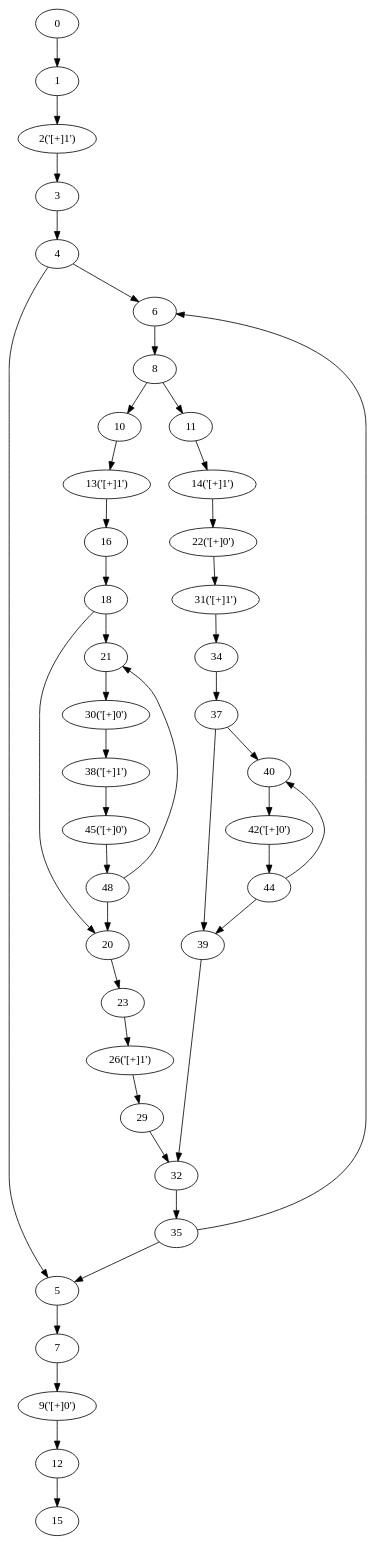
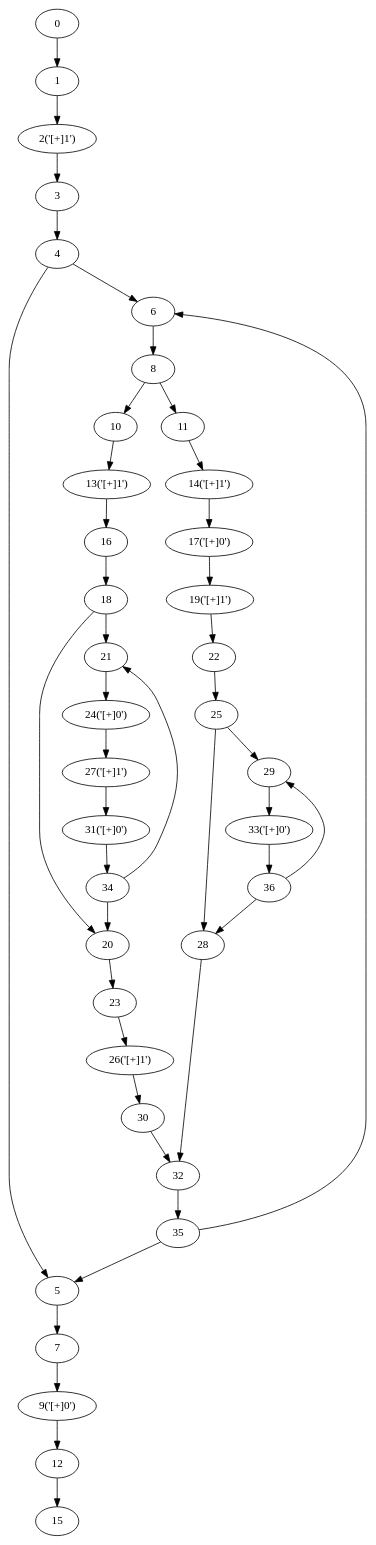
Before and after one commit to yyl-20020115/NRegEx: the diagram in NRegex.Test/Graphs/TestMethod09.dot, drawn with Graphviz. The commit also changed 28 other files, not shown here.

```diff
--- a/NRegex.Test/Graphs/TestMethod09.dot
+++ b/NRegex.Test/Graphs/TestMethod09.dot
@@ -1,82 +1,82 @@
 digraph g {
 	0 ;
 	1 ;
 	2 [label="2('[+]1')"];
 	3 ;
 	4 ;
 	5 ;
 	6 ;
 	7 ;
 	8 ;
 	9 [label="9('[+]0')"];
 	10 ;
 	11 ;
 	12 ;
 	13 [label="13('[+]1')"];
 	14 [label="14('[+]1')"];
 	15 ;
 	16 ;
+	17 [label="17('[+]0')"];
 	18 ;
+	19 [label="19('[+]1')"];
 	20 ;
 	21 ;
-	22 [label="22('[+]0')"];
+	22 ;
 	23 ;
+	24 [label="24('[+]0')"];
+	25 ;
 	26 [label="26('[+]1')"];
+	27 [label="27('[+]1')"];
+	28 ;
 	29 ;
-	30 [label="30('[+]0')"];
-	31 [label="31('[+]1')"];
+	30 ;
+	31 [label="31('[+]0')"];
 	32 ;
+	33 [label="33('[+]0')"];
 	34 ;
 	35 ;
-	37 ;
-	38 [label="38('[+]1')"];
-	39 ;
-	40 ;
-	42 [label="42('[+]0')"];
-	44 ;
-	45 [label="45('[+]0')"];
-	48 ;
+	36 ;
 	0->1;
 	1->2;
 	2->3;
 	3->4;
 	4->5;
 	35->5;
 	4->6;
 	35->6;
 	5->7;
 	6->8;
 	7->9;
 	8->10;
 	8->11;
 	9->12;
 	10->13;
 	11->14;
 	12->15;
 	13->16;
+	14->17;
 	16->18;
+	17->19;
 	18->20;
-	48->20;
+	34->20;
 	18->21;
-	48->21;
-	14->22;
+	34->21;
+	19->22;
 	20->23;
+	21->24;
+	22->25;
 	23->26;
-	26->29;
-	21->30;
-	22->31;
-	29->32;
-	39->32;
+	24->27;
+	25->28;
+	36->28;
+	25->29;
+	36->29;
+	26->30;
+	27->31;
+	28->32;
+	30->32;
+	29->33;
 	31->34;
 	32->35;
-	34->37;
-	30->38;
-	37->39;
-	44->39;
-	37->40;
-	44->40;
-	40->42;
-	42->44;
-	38->45;
-	45->48;
+	33->36;
 }
```
